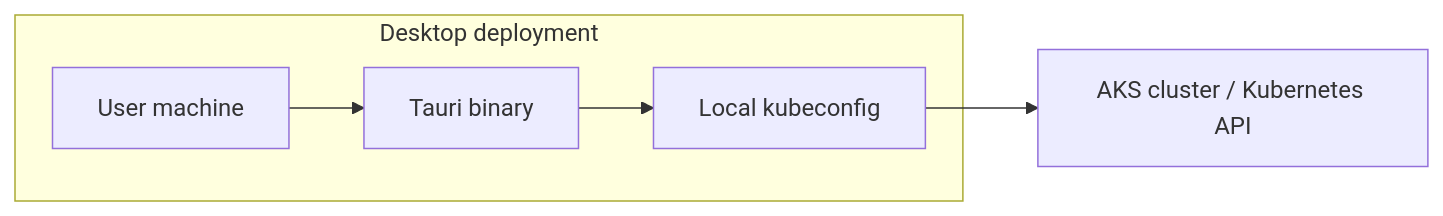
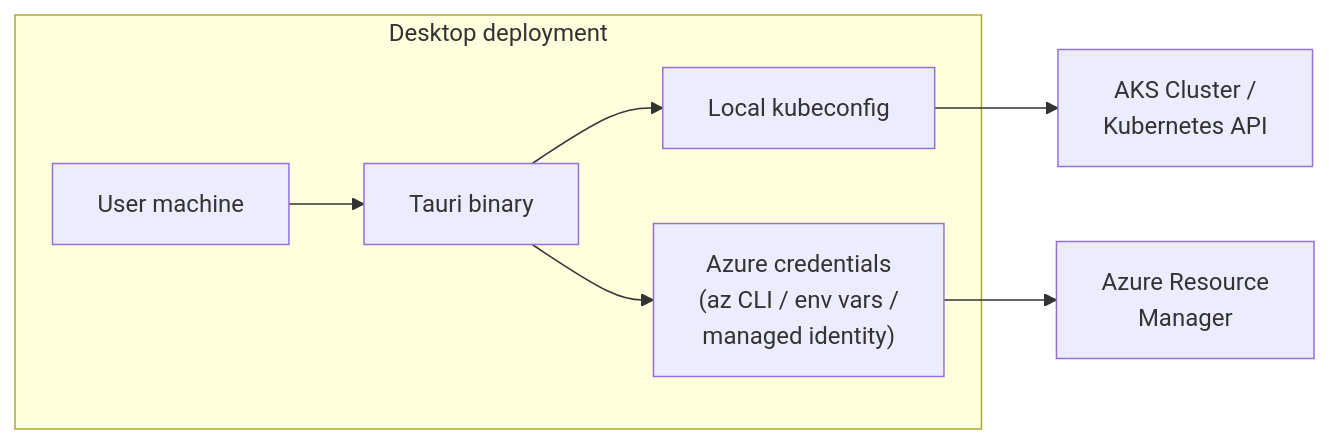
Before and after one commit to adamdost-0/Telescope: the fifth of 5 diagrams in docs/diagrams/architecture.md, drawn with Mermaid. The commit also changed other lines of this file and 6 other files, not shown here.

First line of the commit message:
docs: rewrite 7 technical docs for v1.0.0 desktop-only + Azure ARM

````diff
--- a/docs/diagrams/architecture.md
+++ b/docs/diagrams/architecture.md
@@ -153,10 +203,18 @@
 ```mermaid
 flowchart LR
-    aks["AKS cluster / Kubernetes API"]
+    aks["AKS Cluster /<br/>Kubernetes API"]
+    arm["Azure Resource<br/>Manager"]
 
     subgraph desktopDeploy["Desktop deployment"]
-        machine["User machine"] --> tauriBinary["Tauri binary"] --> kubeconfig["Local kubeconfig"]
+        machine["User machine"]
+        tauriBinary["Tauri binary"]
+        kubeconfig["Local kubeconfig"]
+        azureCreds["Azure credentials<br/>(az CLI / env vars /<br/>managed identity)"]
     end
 
+    machine --> tauriBinary
+    tauriBinary --> kubeconfig
+    tauriBinary --> azureCreds
     kubeconfig --> aks
+    azureCreds --> arm
 ```
````
